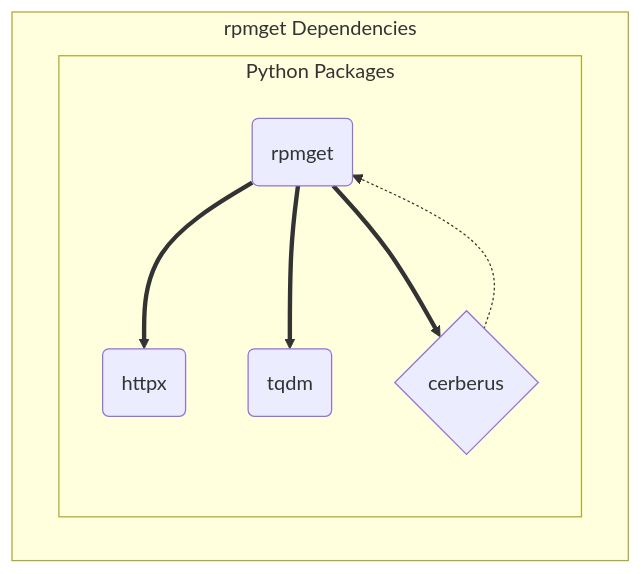
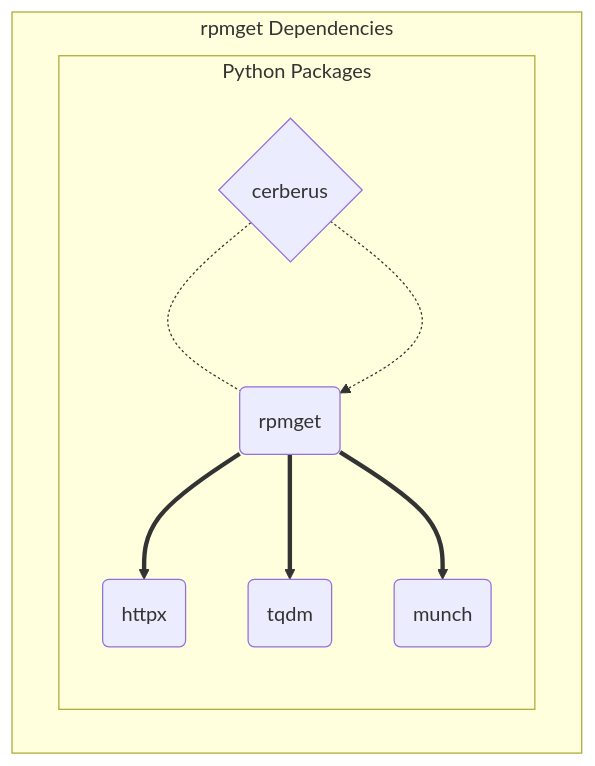
The diagram in docs/swd/SDD001.md (sarnold/rpmget), drawn with Mermaid before and after one commit. The commit also changed other lines of this file and 3 other files, not shown here.

First line of the commit message:
chg: doc: close initial diagram PR and recycle for diagram updates

````diff
--- a/docs/swd/SDD001.md
+++ b/docs/swd/SDD001.md
@@ -36,13 +37,15 @@
 ```mermaid
   graph TB
     subgraph id1[rpmget Dependencies]
       subgraph id2[Python Packages]
         A(rpmget)
         B(httpx)
         C(tqdm)
         D{cerberus}
+        E(munch)
       end
     end
-    A ==> B & C & D
+    A ==> B & C & E
+    D <-.- A
     D -.-> A
 ```
````
